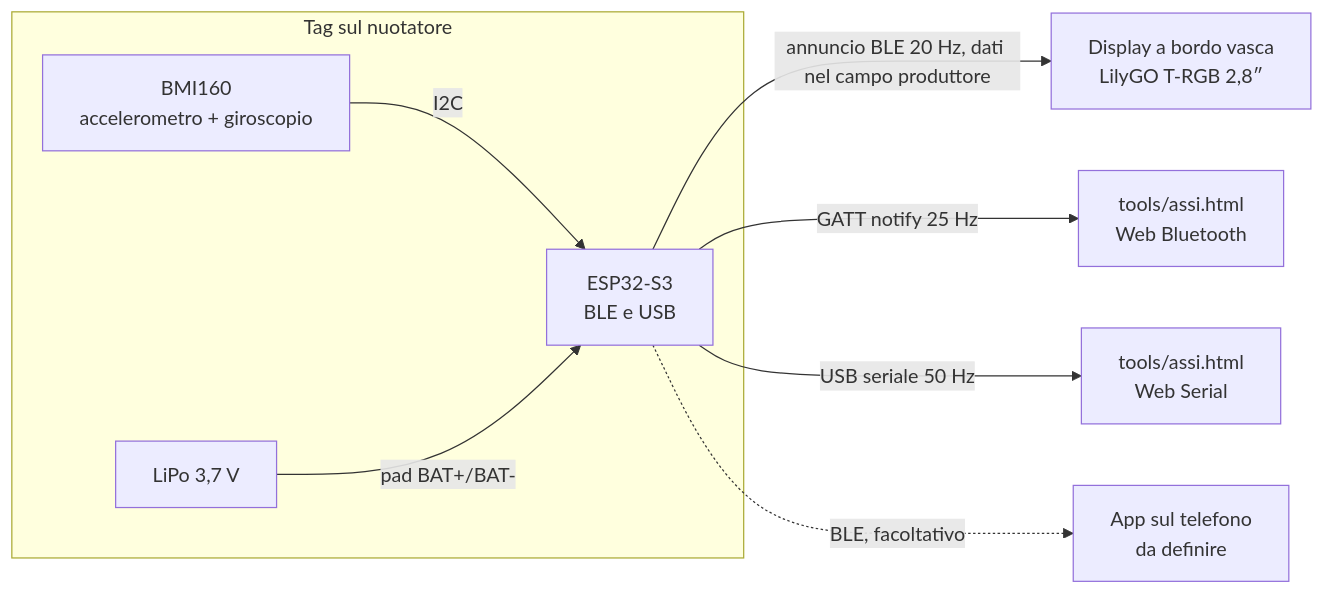
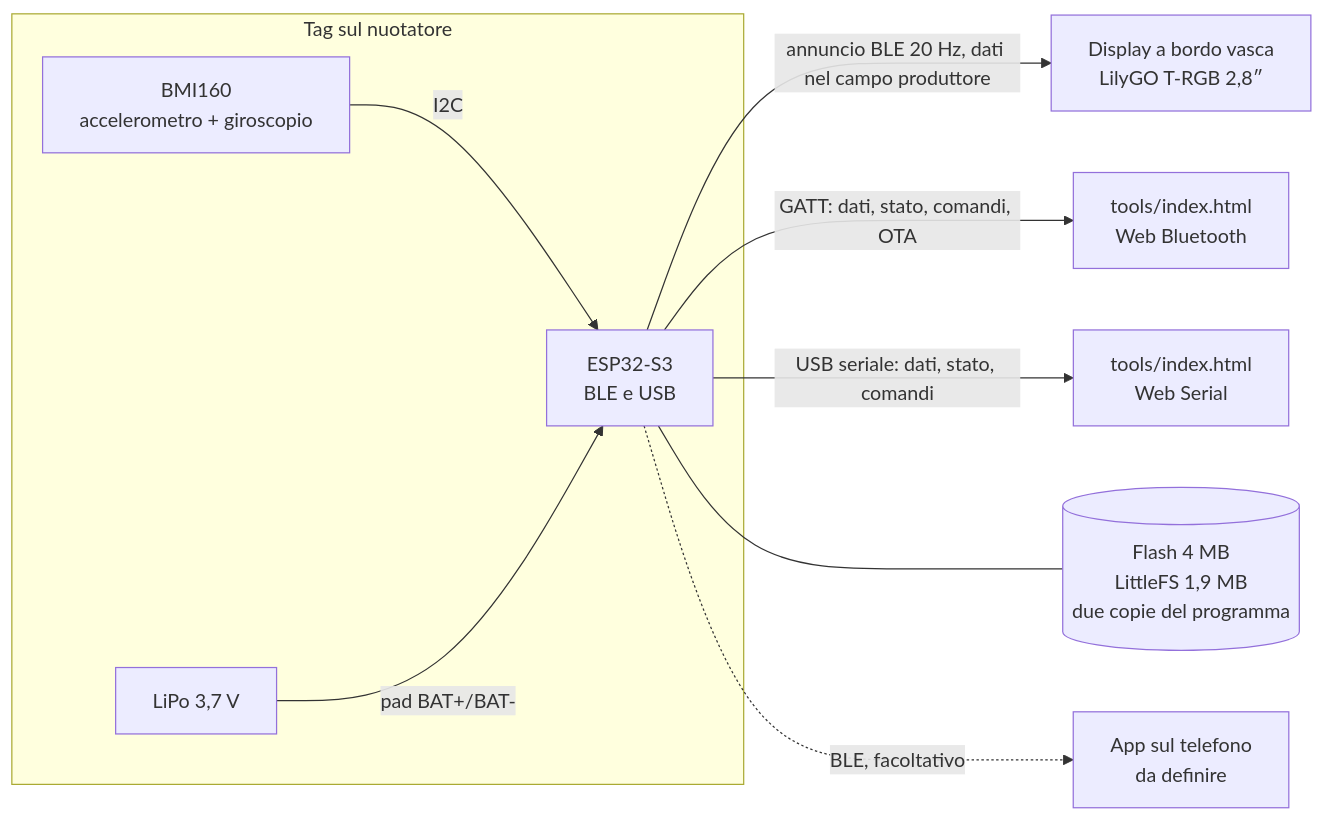
The diagram in README.md (PZero/SwimTimer), drawn with Mermaid before and after one commit. The commit also changed other lines of this file and 5 other files, not shown here.

Commit message:
docs: README e CHANGELOG del 2026-10-25, ricerca algoritmi, stato e decisioni

````diff
--- a/README.md
+++ b/README.md
@@ -59,11 +66,12 @@
 ```mermaid
 flowchart LR
   subgraph TAG[Tag sul nuotatore]
     S[BMI160<br/>accelerometro + giroscopio] -- I2C --> M[ESP32-S3<br/>BLE e USB]
     B[LiPo 3,7 V] -- pad BAT+/BAT- --> M
   end
   M -- "annuncio BLE 20 Hz, dati nel campo produttore" --> D[Display a bordo vasca<br/>LilyGO T-RGB 2,8″]
-  M -- "GATT notify 25 Hz" --> P[tools/assi.html<br/>Web Bluetooth]
-  M -- "USB seriale 50 Hz" --> Q[tools/assi.html<br/>Web Serial]
+  M -- "GATT: dati, stato, comandi, OTA" --> P[tools/index.html<br/>Web Bluetooth]
+  M -- "USB seriale: dati, stato, comandi" --> Q[tools/index.html<br/>Web Serial]
+  M --- F[(Flash 4 MB<br/>LittleFS 1,9 MB<br/>due copie del programma)]
   M -. BLE, facoltativo .-> A[App sul telefono<br/>da definire]
 ```
````
